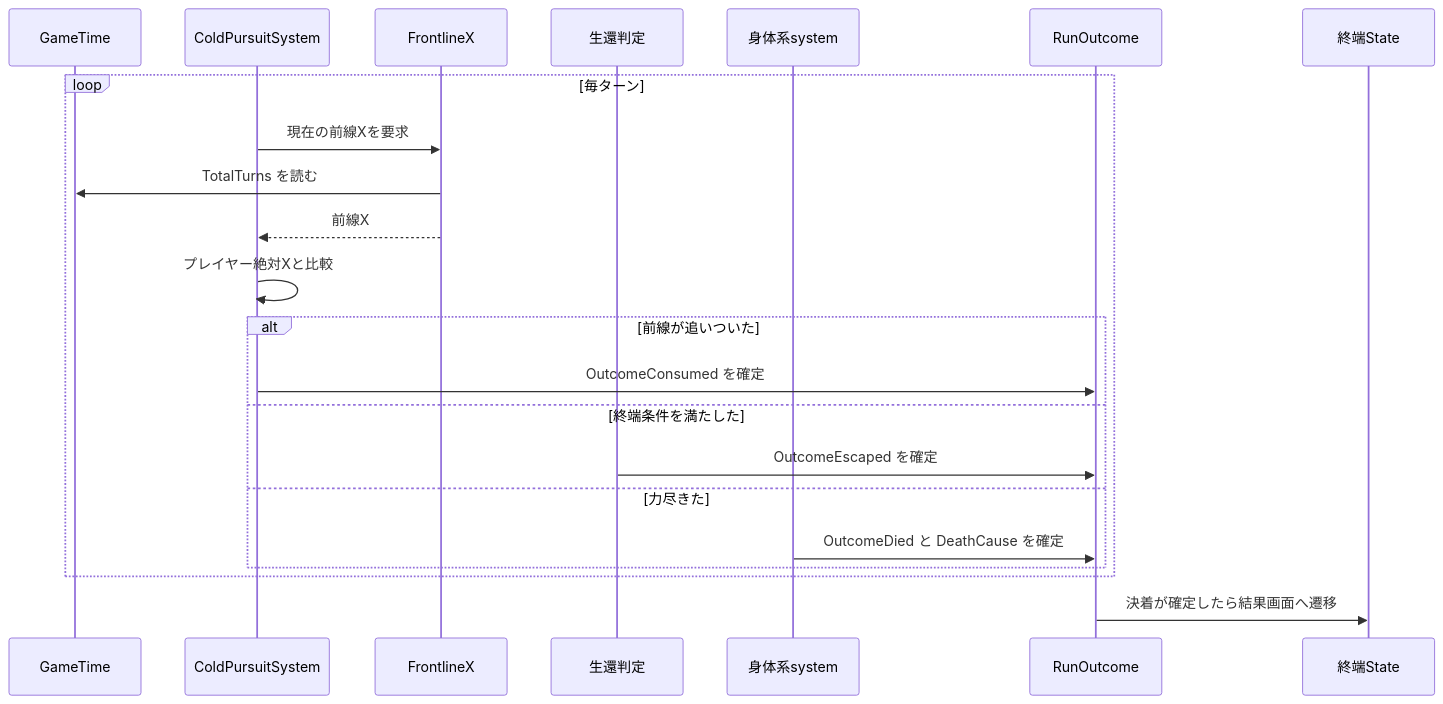
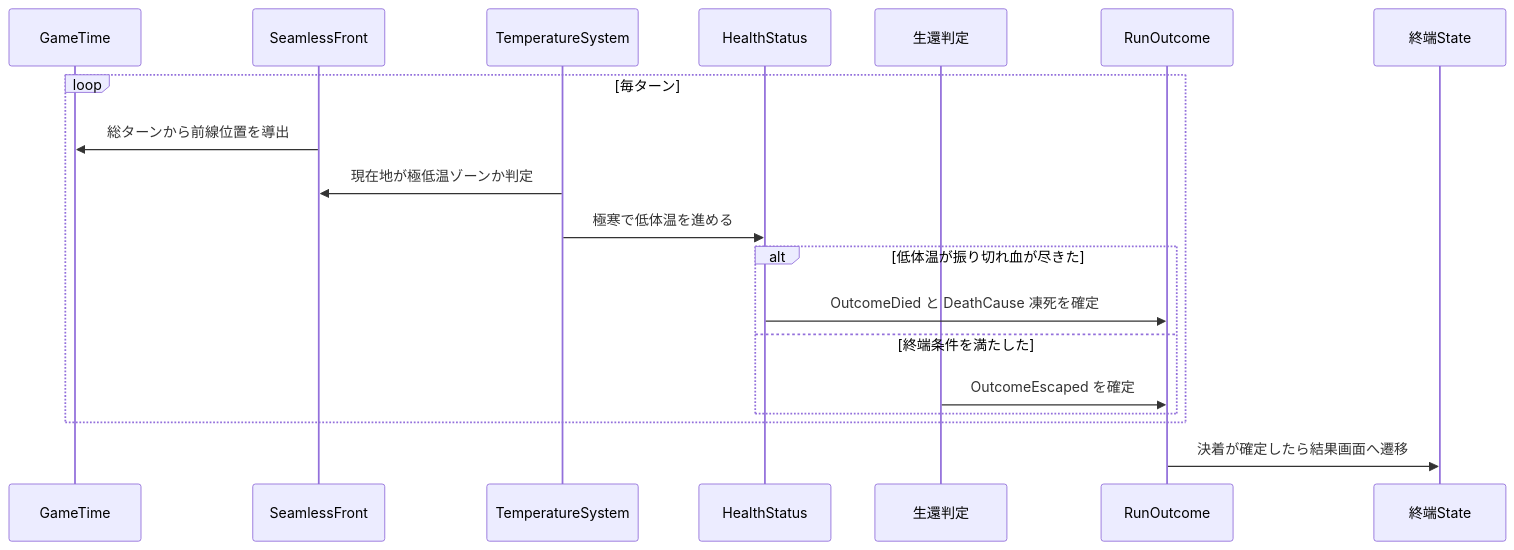
The second of 2 diagrams in docs/design/260821223229.md (kijimad/ruins), drawn with Mermaid before and after one commit. The commit also changed other lines of this file and 5 other files, not shown here.

````diff
--- a/docs/design/260821223229.md
+++ b/docs/design/260821223229.md
@@ -121,25 +129,22 @@
 ```mermaid
 sequenceDiagram
     participant GT as GameTime
-    participant CP as ColdPursuitSystem
-    participant FX as FrontlineX
+    participant SF as SeamlessFront
+    participant TS as TemperatureSystem
+    participant HS as HealthStatus
     participant SV as 生還判定
-    participant BD as 身体系system
     participant RO as RunOutcome
     participant ST as 終端State
 
     loop 毎ターン
-        CP->>FX: 現在の前線Xを要求
-        FX->>GT: TotalTurns を読む
-        FX-->>CP: 前線X
-        CP->>CP: プレイヤー絶対Xと比較
-        alt 前線が追いついた
-            CP->>RO: OutcomeConsumed を確定
+        SF->>GT: 総ターンから前線位置を導出
+        TS->>SF: 現在地が極低温ゾーンか判定
+        TS->>HS: 極寒で低体温を進める
+        alt 低体温が振り切れ血が尽きた
+            HS->>RO: OutcomeDied と DeathCause 凍死を確定
         else 終端条件を満たした
             SV->>RO: OutcomeEscaped を確定
-        else 力尽きた
-            BD->>RO: OutcomeDied と DeathCause を確定
         end
     end
     RO->>ST: 決着が確定したら結果画面へ遷移
 ```
````
